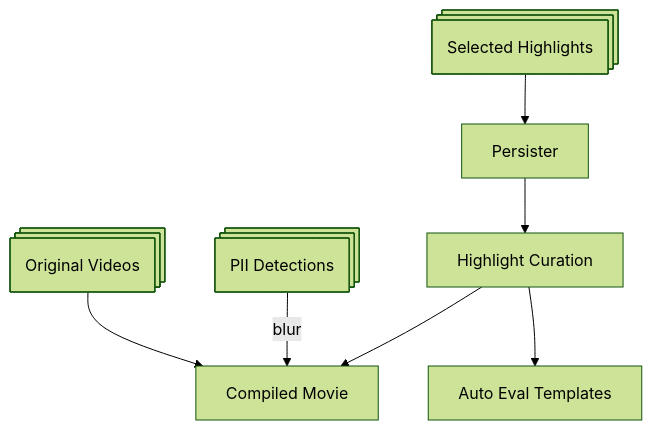
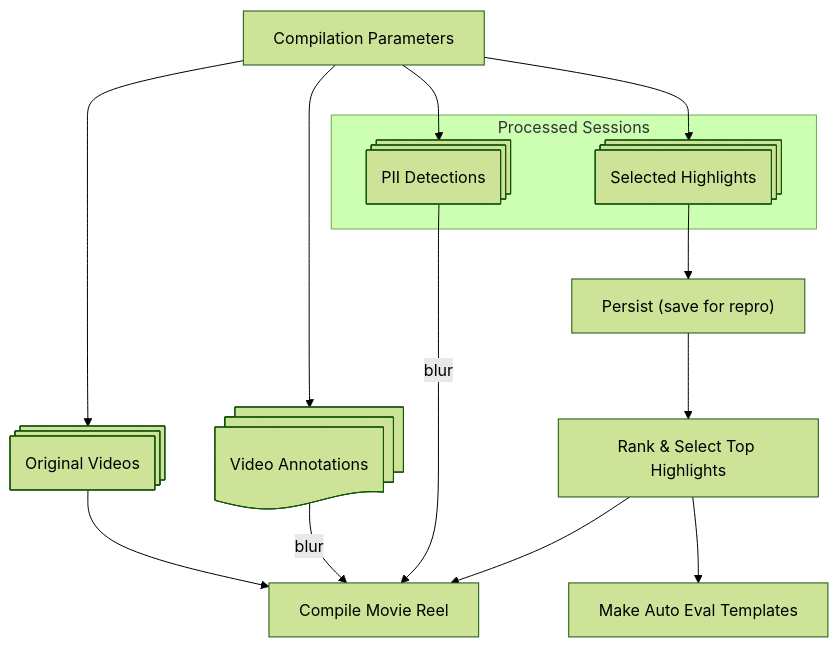
Before and after one commit to hirak99/video-summarizer: the second of 3 diagrams in src/video_understanding/README.md, drawn with Mermaid (forest theme). The commit also changed other lines of this file, not shown here.

Commit message:
docs(video): update the diagrams

````diff
--- a/src/video_understanding/README.md
+++ b/src/video_understanding/README.md
@@ -57,12 +57,19 @@
 ```mermaid
 flowchart TD
-    X[Original Videos] --> B
-    Y[Selected Highlights] --> Persist[Persister]
-    Persist --> A
-    Z[PII Detections] -- blur --> B
-    A[Highlight Curation] --> B[Compiled Movie]
-    A --> C[Auto Eval Templates]
-    X@{ shape: procs}
+    subgraph Sessions["Processed Sessions"]
+            Y["Selected Highlights"]
+            Z["PII Detections"]
+    end
+    Directive["Compilation Parameters"] --> X["Original Videos"] & Y & Z
+    X --> B["Compile Movie Reel"]
+    Directive --> Annotations["Video Annotations"] -- blur --> B
+    Y --> Persister["Persist (save for repro)"]
+    Persister --> A["Rank & Select Top Highlights"]
+    Z -- blur --> B
+    A --> B & C["Make Auto Eval Templates"]
+
+    Annotations@{ shape: docs}
     Y@{ shape: procs}
     Z@{ shape: procs}
+    X@{ shape: procs}
 ```
````
